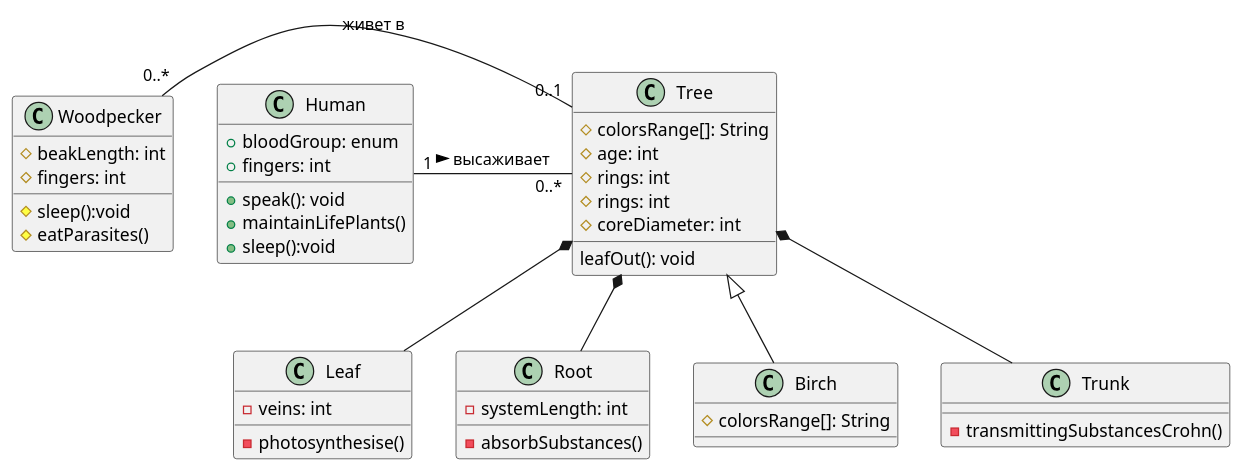
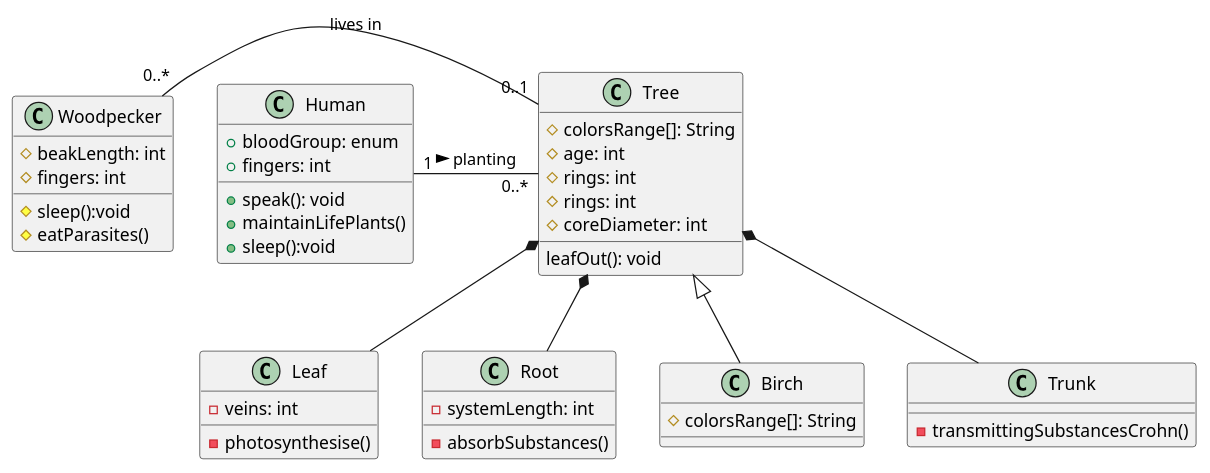
One commit to denmaloyreb/netology changed the diagram in class_diag.iuml. Above: the diagram before and after it, drawn with PlantUML. The commit also changed 2 other files, not shown here.

Commit message:
Change diagrams

```diff
--- a/class_diag.iuml
+++ b/class_diag.iuml
@@ -1,52 +1,52 @@
 @startuml
 class           Tree {
   # colorsRange[]: String
   # age: int
   # rings: int
   # rings: int
   # coreDiameter: int
   leafOut(): void
 }
 class           Human {
   + bloodGroup: enum
   + fingers: int
   + speak(): void
   + maintainLifePlants()
   + sleep():void
 }
 
 class           Leaf{
   - veins: int
   - photosynthesise()
 }
 
 class           Root{
   - systemLength: int
   - absorbSubstances()
 }
 
 class           Birch{
   # colorsRange[]: String
 
 }
 
 class           Trunk {
   - transmittingSubstancesCrohn()
 
 }
 
 class           Woodpecker {
   # beakLength: int
   # fingers: int
   # sleep():void
   # eatParasites()
 }
 
 
 Tree <|-- Birch
 Tree *-- Trunk
 Tree *-- Root
 Tree *-- Leaf
-Woodpecker "0..*" - "0..1" Tree: живет в
-Human "1" - "0..*" Tree: высаживает >
+Woodpecker "0..*" - "0..1" Tree: lives in
+Human "1" - "0..*" Tree: planting >
 @enduml
```
